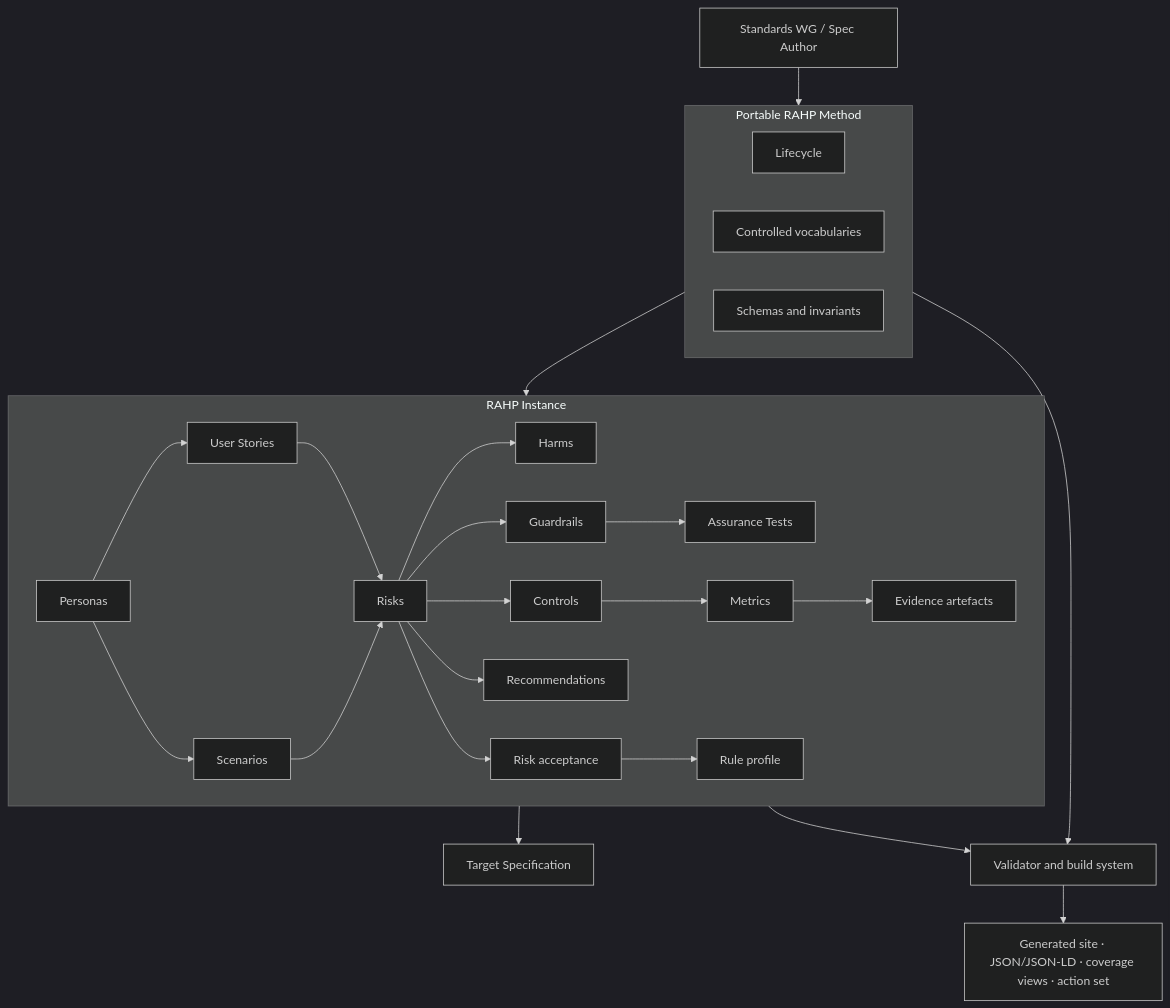
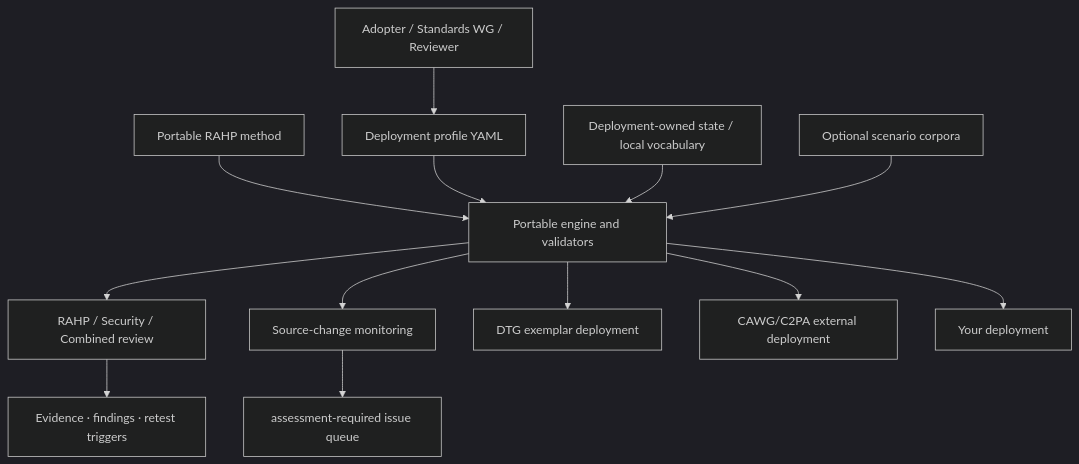
Before and after one commit to sankarshanmukhopadhyay/dtgwg-rahp-tf: the diagram in README.md, drawn with Mermaid (dark theme). The commit also changed other lines of this file and 71 other files, not shown here.

First line of the commit message:
feat: finalize RAHP Toolkit v0.6.0 portability and assurance operations

````diff
--- a/README.md
+++ b/README.md
@@ -31,29 +28,16 @@
 ```mermaid
 flowchart TB
-  A[Standards WG / Spec Author] --> M
-  subgraph M[Portable RAHP Method]
-    L[Lifecycle]
-    V[Controlled vocabularies]
-    S[Schemas and invariants]
-  end
-  M --> I
-  subgraph I[RAHP Instance]
-    P[Personas] --> U[User Stories]
-    P --> SC[Scenarios]
-    U --> R[Risks]
-    SC --> R
-    R --> H[Harms]
-    R --> C[Controls]
-    R --> G[Guardrails]
-    G --> T[Assurance Tests]
-    C --> ME[Metrics]
-    ME --> EV[Evidence artefacts]
-    R --> REC[Recommendations]
-    R --> RA[Risk acceptance]
-    RA --> RP[Rule profile]
-  end
-  I --> X[Target Specification]
-  M --> TOOLS[Validator and build system]
-  I --> TOOLS
-  TOOLS --> OUT[Generated site · JSON/JSON-LD · coverage views · action set]
+  A[Adopter / Standards WG / Reviewer] --> P[Deployment profile YAML]
+  M[Portable RAHP method] --> E[Portable engine and validators]
+  P --> E
+  I[Deployment-owned state / local vocabulary] --> E
+  C[Optional scenario corpora] --> E
+  E --> R[RAHP / Security / Combined review]
+  R --> O[Evidence · findings · retest triggers]
+  E --> W[Source-change monitoring]
+  W --> Q[assessment-required issue queue]
+
+  E --> D1[DTG exemplar deployment]
+  E --> D2[CAWG/C2PA external deployment]
+  E --> D3[Your deployment]
 ```
````
